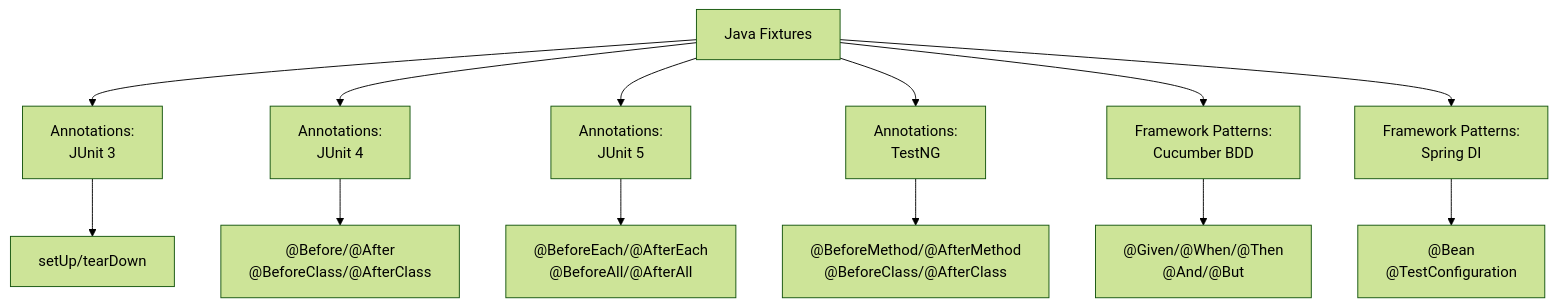
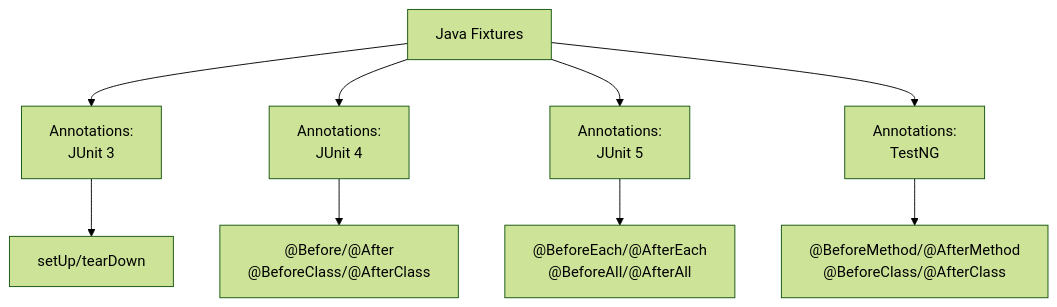
Before and after one commit to joaofix/fixturedb: the second of 3 diagrams in docs/usage/fixture-patterns-reference.md, drawn with Mermaid (forest theme). The commit also changed other lines of this file and 18 other files, not shown here.

````diff
--- a/docs/usage/fixture-patterns-reference.md
+++ b/docs/usage/fixture-patterns-reference.md
@@ -691,16 +464,12 @@
 ```mermaid
 graph TD
     A["Java Fixtures"]
     A --> B["Annotations:<br/>JUnit 3"]
     B --> B1["setUp/tearDown"]
     A --> B2["Annotations:<br/>JUnit 4"]
     B2 --> B2a["@Before/@After<br/>@BeforeClass/@AfterClass"]
     A --> B3["Annotations:<br/>JUnit 5"]
     B3 --> B3a["@BeforeEach/@AfterEach<br/>@BeforeAll/@AfterAll"]
     A --> B4["Annotations:<br/>TestNG"]
     B4 --> B4a["@BeforeMethod/@AfterMethod<br/>@BeforeClass/@AfterClass"]
-    A --> C["Framework Patterns:<br/>Cucumber BDD"]
-    C --> C1["@Given/@When/@Then<br/>@And/@But"]
-    A --> C2["Framework Patterns:<br/>Spring DI"]
-    C2 --> C2a["@Bean<br/>@TestConfiguration"]
 ```
````
